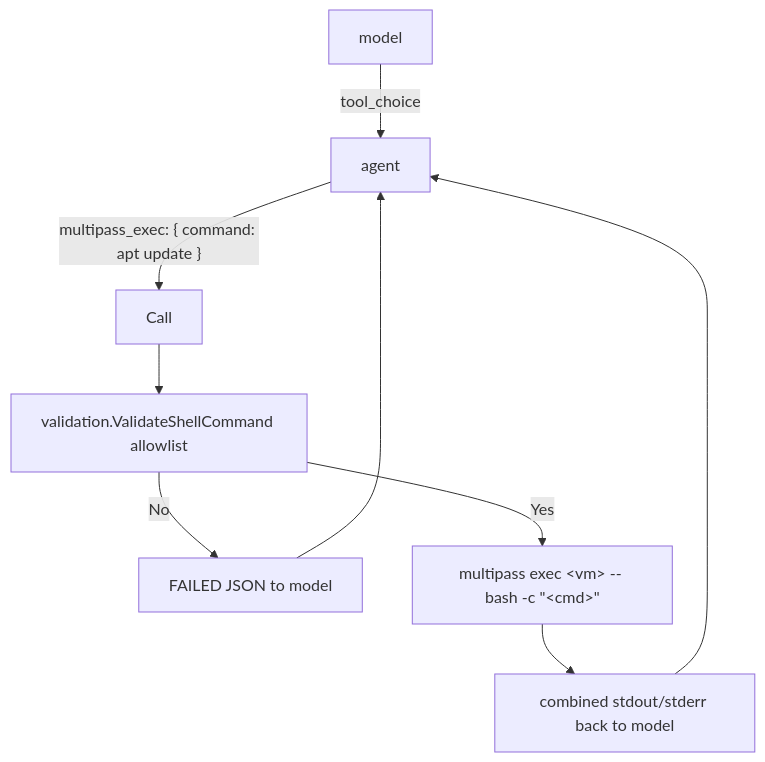
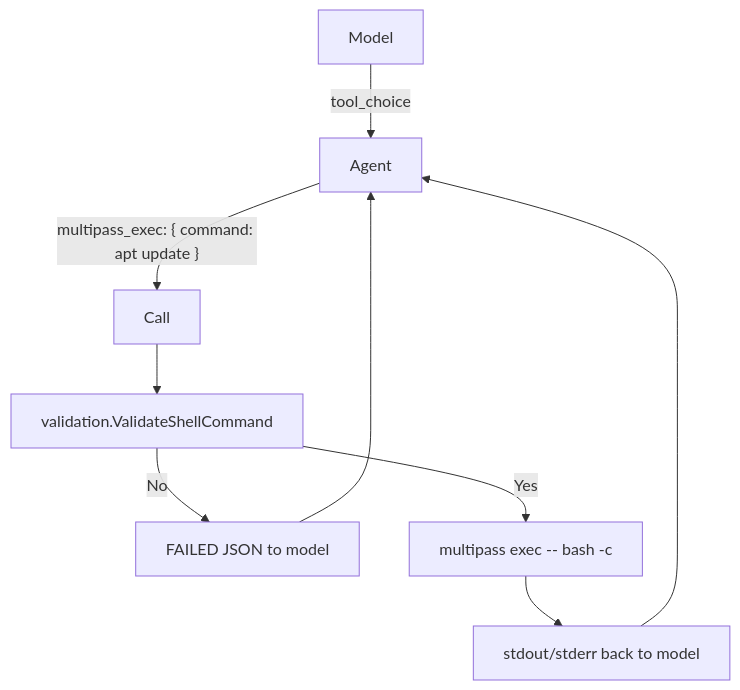
One commit to trollLemon/MPHarness changed the second of 2 diagrams in docs/reference/arch.md. Above: the diagram before and after it, drawn with Mermaid. The commit also changed other lines of this file and 8 other files, not shown here.

````diff
--- a/docs/reference/arch.md
+++ b/docs/reference/arch.md
@@ -72,11 +72,11 @@
 ```mermaid
 flowchart TD
-    A[model] -->|tool_choice| B[agent]
+    A[Model] -->|tool_choice| B[Agent]
     B -->|"multipass_exec: { command: apt update }"| C[Call]
-    C --> D[validation.ValidateShellCommand allowlist]
+    C --> D[validation.ValidateShellCommand]
     D -->|No| E[FAILED JSON to model]
-    D -->|Yes| F[multipass exec &lt;vm&gt; -- bash -c &quot;&lt;cmd&gt;&quot;]
-    F --> G[combined stdout/stderr back to model]
+    D -->|Yes| F["multipass exec <vm> -- bash -c "<cmd>""]
+    F --> G[stdout/stderr back to model]
     E --> B
     G --> B
 ```
````
